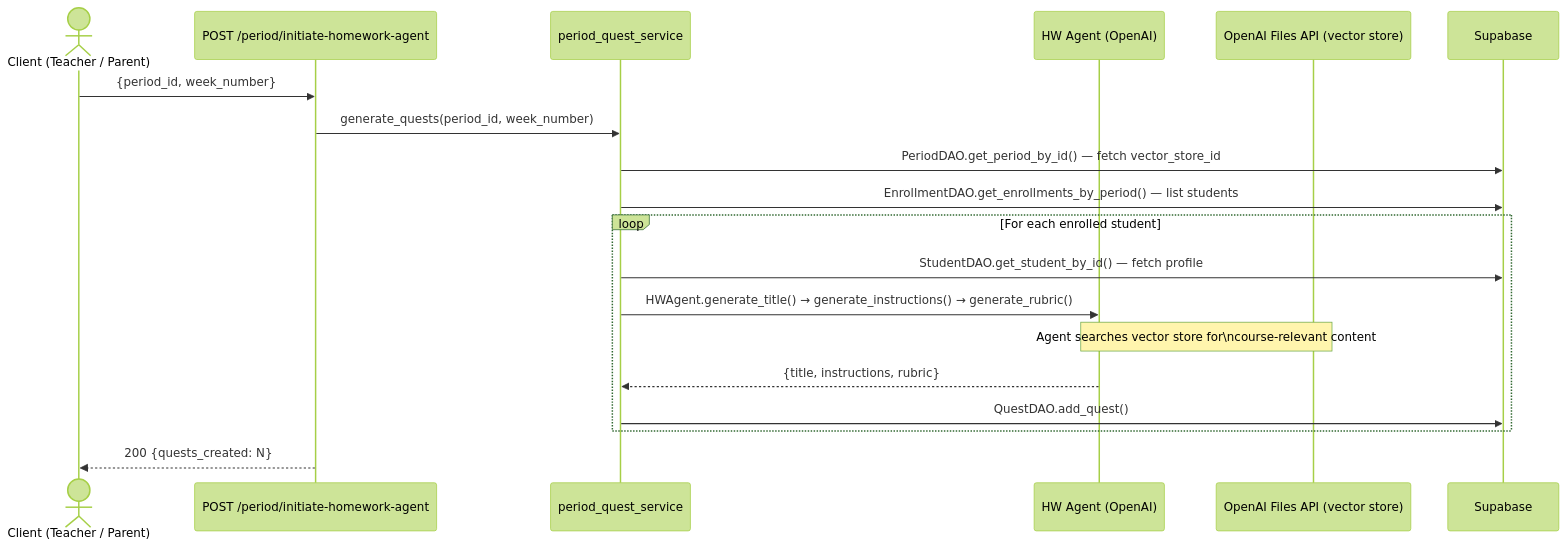
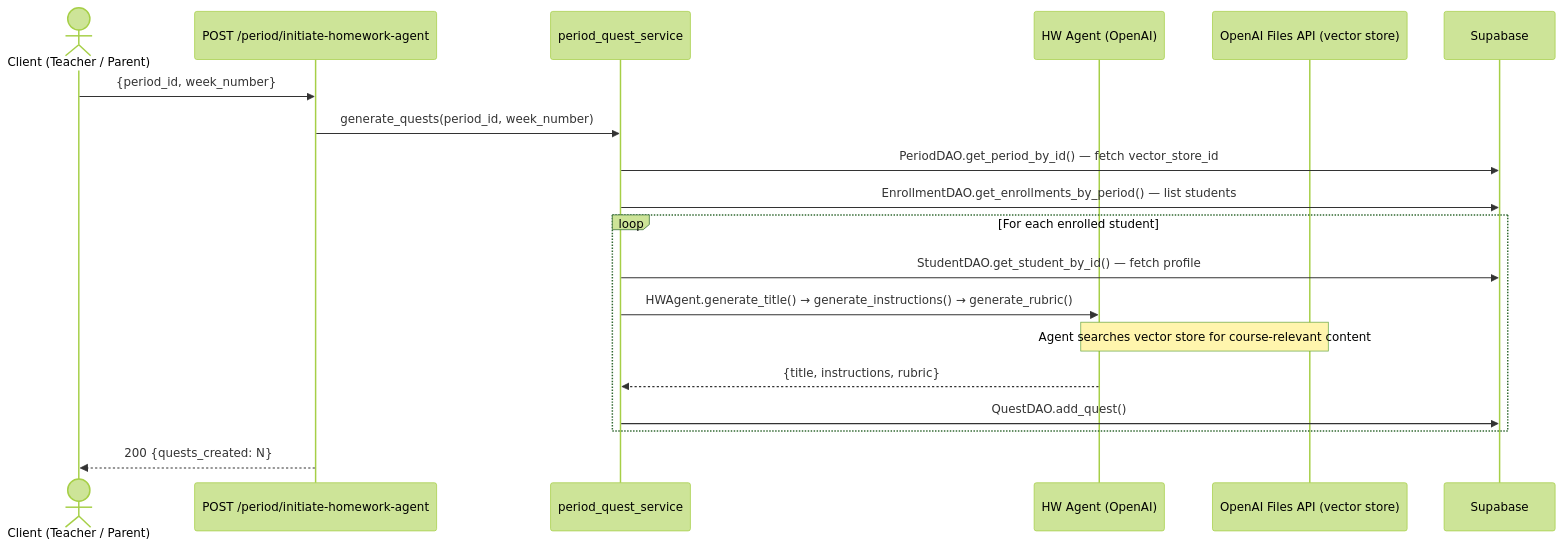
Diagram 13 of 22 in ARCHITECTURE.md (EduQuest-AI-Inc/eduquest-backend), drawn with Mermaid (forest theme) before and after one commit. The commit also changed other lines of this file and 23 other files, not shown here.

````diff
--- a/ARCHITECTURE.md
+++ b/ARCHITECTURE.md
@@ -343,22 +343,22 @@
 ```mermaid
 sequenceDiagram
     actor T as Client (Teacher / Parent)
     participant R as POST /period/initiate-homework-agent
     participant S as period_quest_service
     participant AI as HW Agent (OpenAI)
     participant OAI as OpenAI Files API (vector store)
     participant DB as Supabase
 
     T->>R: {period_id, week_number}
     R->>S: generate_quests(period_id, week_number)
     S->>DB: PeriodDAO.get_period_by_id()  — fetch vector_store_id
     S->>DB: EnrollmentDAO.get_enrollments_by_period()  — list students
     loop For each enrolled student
         S->>DB: StudentDAO.get_student_by_id()  — fetch profile
         S->>AI: HWAgent.generate_title() → generate_instructions() → generate_rubric()
-        Note over AI,OAI: Agent searches vector store for\ncourse-relevant content
+        Note over AI,OAI: Agent searches vector store for course-relevant content
         AI-->>S: {title, instructions, rubric}
         S->>DB: QuestDAO.add_quest()
     end
     R-->>T: 200  {quests_created: N}
 ```
````
